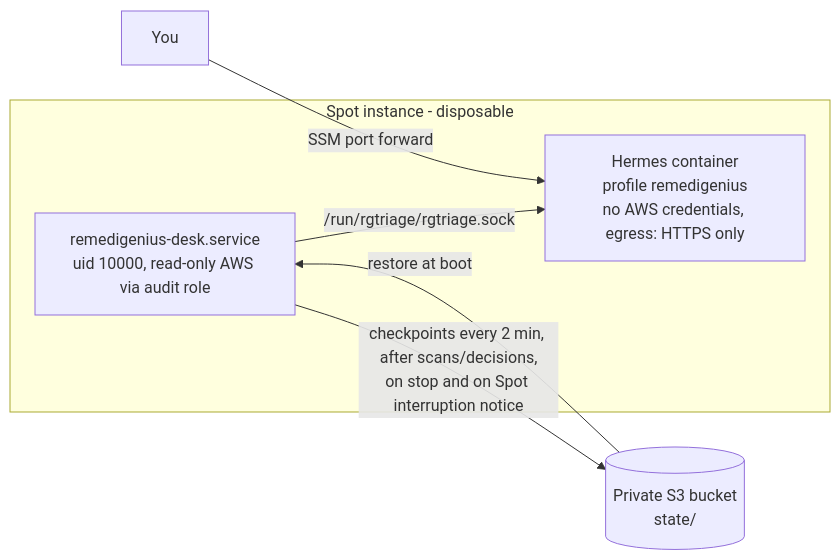
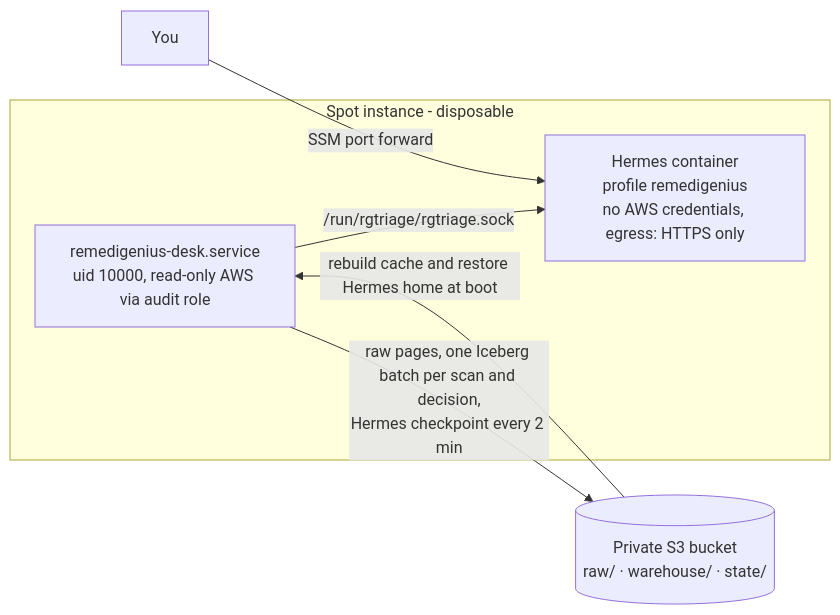
One commit to IaCGenius/RemediGenius changed the diagram in deploy/aws-single/README.md. Above: the diagram before and after it, drawn with Mermaid. The commit also changed other lines of this file and 11 other files, not shown here.

````diff
--- a/deploy/aws-single/README.md
+++ b/deploy/aws-single/README.md
@@ -7,11 +7,11 @@
 ```mermaid
 flowchart LR
   subgraph Instance[Spot instance - disposable]
     D[remedigenius-desk.service<br/>uid 10000, read-only AWS via audit role]
     H[Hermes container<br/>profile remedigenius<br/>no AWS credentials, egress: HTTPS only]
     D -- /run/rgtriage/rgtriage.sock --> H
   end
-  D -- checkpoints every 2 min, after scans/decisions,<br/>on stop and on Spot interruption notice --> S[(Private S3 bucket<br/>state/)]
-  S -- restore at boot --> D
+  D -- raw pages, one Iceberg batch per scan and decision,<br/>Hermes checkpoint every 2 min --> S[(Private S3 bucket<br/>raw/ · warehouse/ · state/)]
+  S -- rebuild cache and restore Hermes home at boot --> D
   You -- SSM port forward --> H
 ```
````
